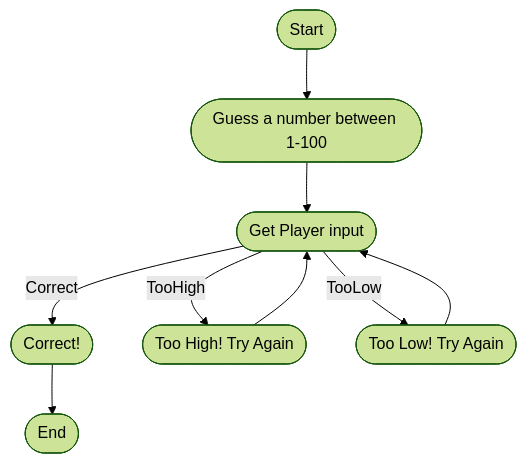
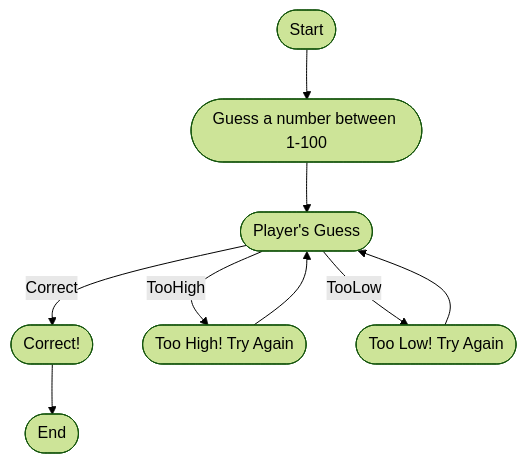
Before and after one commit to veturon2/veturon2.github.io: the diagram in Guessing.md, drawn with Mermaid (forest theme).

````diff
--- a/Guessing.md
+++ b/Guessing.md
@@ -3,13 +3,13 @@
 ```mermaid
 flowchart TD;
   Start([Start])-->RandomNumber([Guess a number between 1-100]);
-  RandomNumber-->PlayerInput([Get Player input]);
+  RandomNumber-->PlayerInput([Player's Guess]);
   
   PlayerInput--Correct-->CorrectGuess([Correct!]);
   PlayerInput--TooHigh-->WrongGuessHigh([Too High! Try Again]);
   PlayerInput--TooLow-->WrongGuessLow([Too Low! Try Again]);
   
   WrongGuessHigh-->PlayerInput
   WrongGuessLow-->PlayerInput
   CorrectGuess-->End([End])
 ```
````
